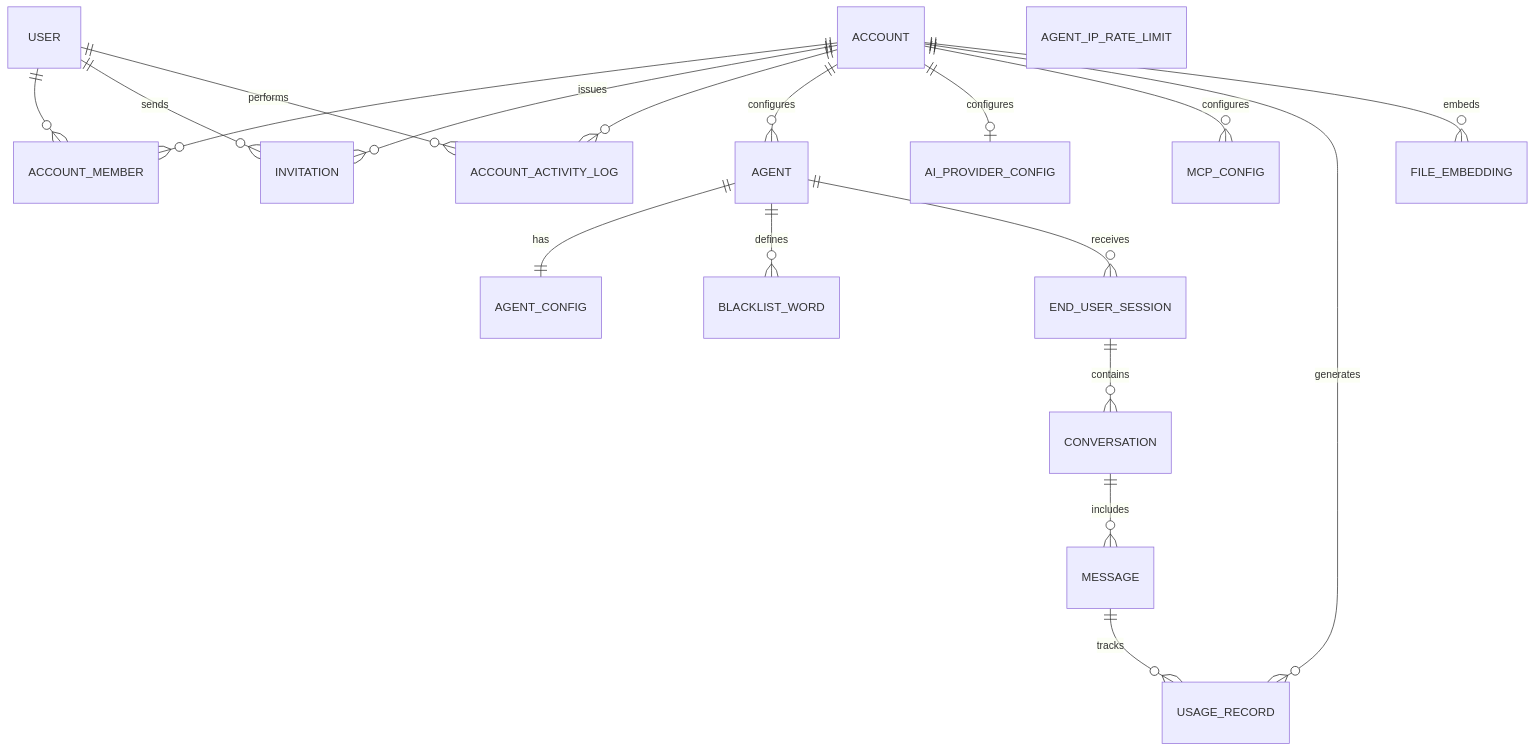
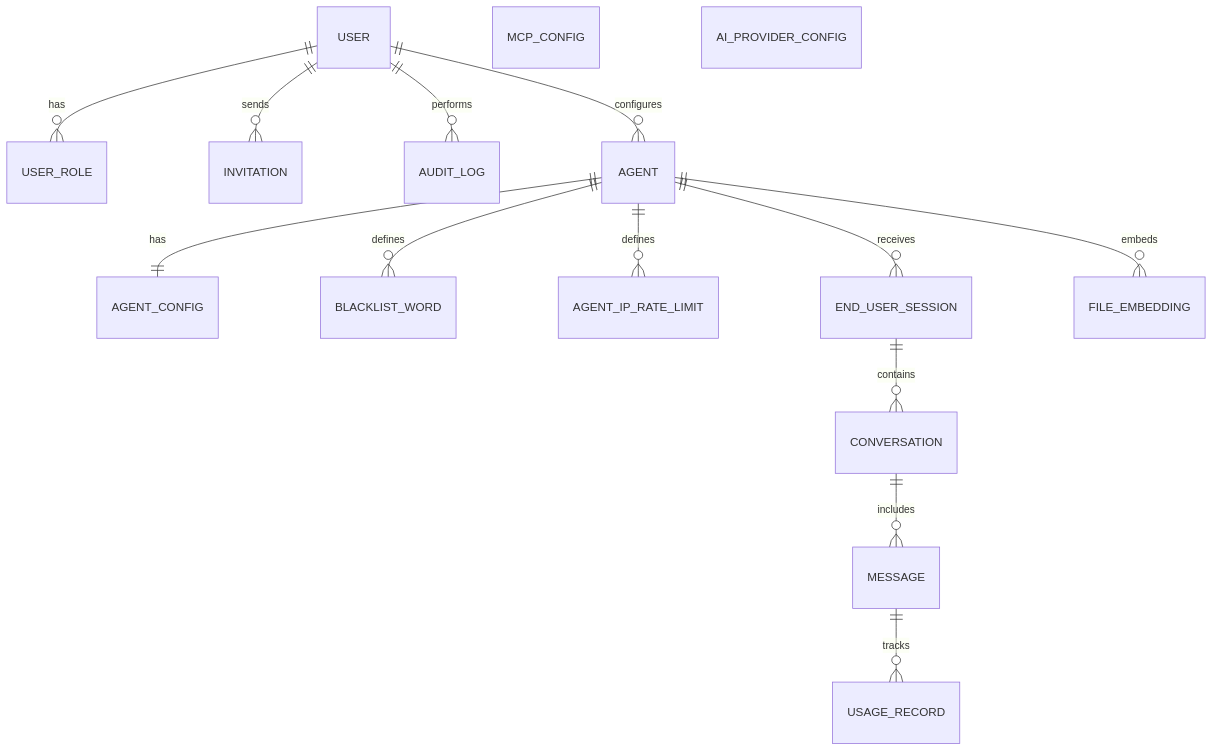
One commit to Talqo/talqo changed the diagram in docs/ERD.md. Above: the diagram before and after it, drawn with Mermaid. The commit also changed 3 other files, not shown here.

````diff
--- a/docs/ERD.md
+++ b/docs/ERD.md
@@ -5,43 +5,37 @@
 ```mermaid
 erDiagram
-    ACCOUNT
     USER
-    ACCOUNT_MEMBER
+    USER_ROLE
     INVITATION
-    ACCOUNT_ACTIVITY_LOG
+    AUDIT_LOG
 
     AGENT
     AGENT_CONFIG
     BLACKLIST_WORD
     AGENT_IP_RATE_LIMIT
 
     MCP_CONFIG
     AI_PROVIDER_CONFIG
 
     END_USER_SESSION
     CONVERSATION
     MESSAGE
 
     FILE_EMBEDDING
     USAGE_RECORD
 
-    ACCOUNT ||--o{ ACCOUNT_MEMBER : ""
-    USER ||--o{ ACCOUNT_MEMBER : ""
-    ACCOUNT ||--o{ INVITATION : issues
+    USER ||--o{ USER_ROLE : has
     USER ||--o{ INVITATION : sends
-    ACCOUNT ||--o{ ACCOUNT_ACTIVITY_LOG : ""
-    USER ||--o{ ACCOUNT_ACTIVITY_LOG : performs
+    USER ||--o{ AUDIT_LOG : performs
 
-    ACCOUNT ||--o{ AGENT : configures
+    USER ||--o{ AGENT : configures
     AGENT ||--|| AGENT_CONFIG : has
     AGENT ||--o{ BLACKLIST_WORD : defines
-    ACCOUNT ||--o| AI_PROVIDER_CONFIG : configures
-    ACCOUNT ||--o{ MCP_CONFIG : configures
-    ACCOUNT ||--o{ USAGE_RECORD : generates
-    ACCOUNT ||--o{ FILE_EMBEDDING : embeds
+    AGENT ||--o{ AGENT_IP_RATE_LIMIT : defines
+    AGENT ||--o{ FILE_EMBEDDING : embeds
 
     AGENT ||--o{ END_USER_SESSION : receives
     END_USER_SESSION ||--o{ CONVERSATION : contains
     CONVERSATION ||--o{ MESSAGE : includes
     MESSAGE ||--o{ USAGE_RECORD : tracks
 ```
````
